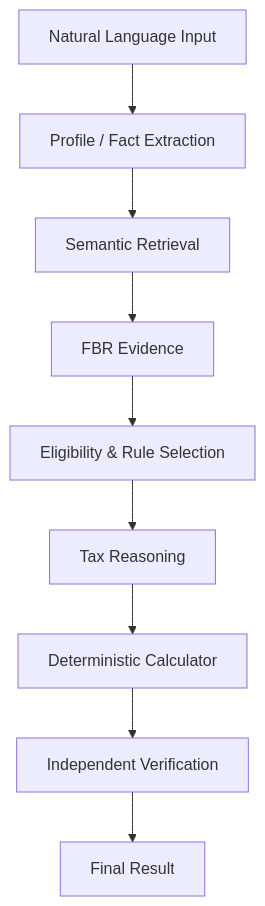
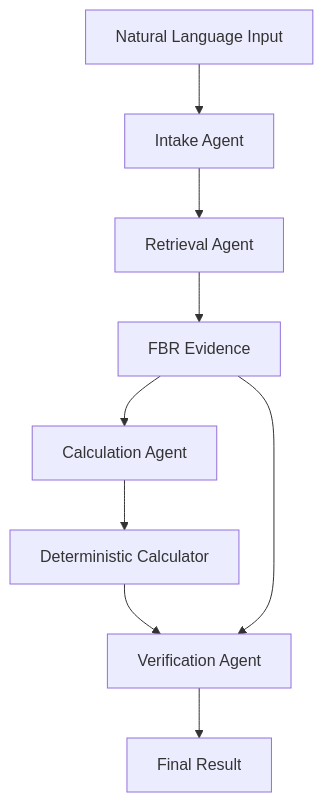
The second of 2 diagrams in README.md (ayeshakhawar217-cmd/FBR-FreelanceGuide), drawn with Mermaid before and after one commit. The commit also changed other lines of this file, not shown here.

````diff
--- a/README.md
+++ b/README.md
@@ -110,22 +126,21 @@
 ```mermaid
 flowchart TD
     A["Natural Language Input"]
 
-    B["Profile / Fact Extraction"]
-    C["Semantic Retrieval"]
+    B["Intake Agent"]
+    C["Retrieval Agent"]
     D["FBR Evidence"]
-    E["Eligibility & Rule Selection"]
-    F["Tax Reasoning"]
-    G["Deterministic Calculator"]
-    H["Independent Verification"]
-    I["Final Result"]
+    E["Calculation Agent"]
+    F["Deterministic Calculator"]
+    G["Verification Agent"]
+    H["Final Result"]
 
     A --> B
     B --> C
     C --> D
     D --> E
     E --> F
     F --> G
+    D --> G
     G --> H
-    H --> I
 ```
````
